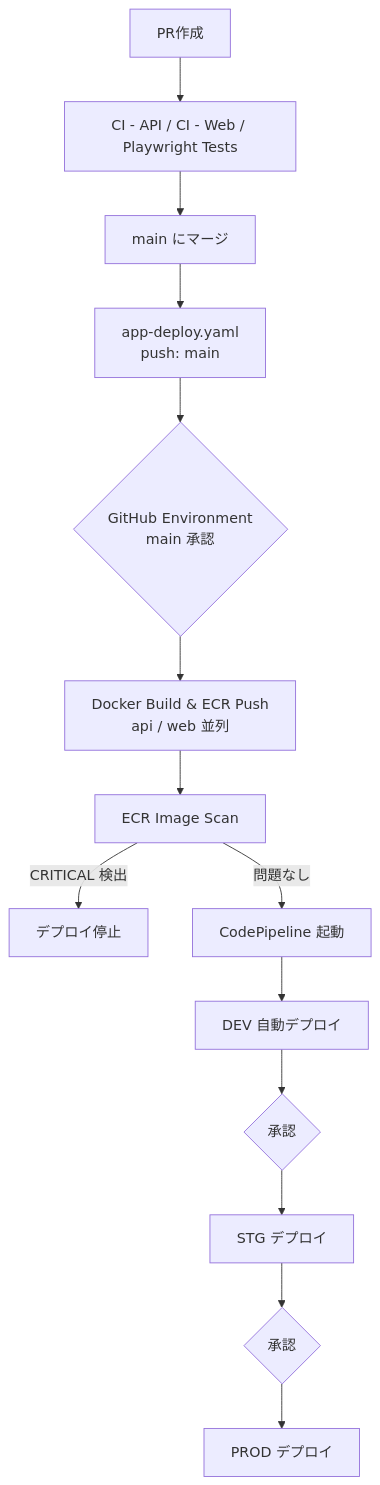
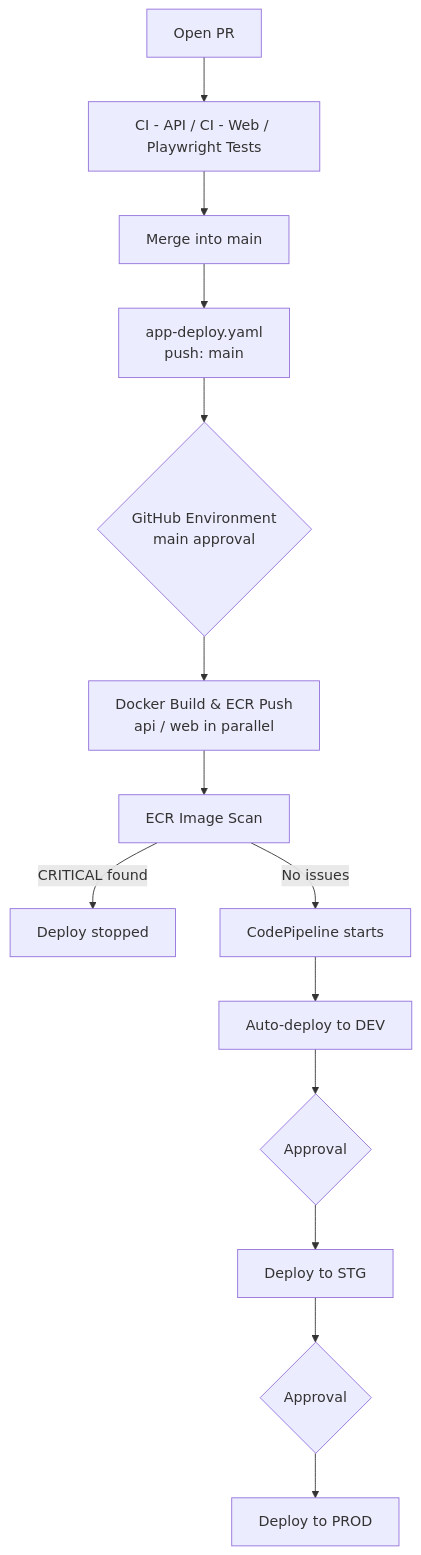
One commit to kenwoo9y/forge-ts changed the first of 2 diagrams in docs/deploy.md. Above: the diagram before and after it, drawn with Mermaid. The commit also changed other lines of this file and 10 other files, not shown here.

````diff
--- a/docs/deploy.md
+++ b/docs/deploy.md
@@ -164,16 +164,16 @@
 ```mermaid
 flowchart TD
-    PR[PR作成] --> CI["CI - API / CI - Web / Playwright Tests"]
-    CI --> Merge[main にマージ]
+    PR[Open PR] --> CI["CI - API / CI - Web / Playwright Tests"]
+    CI --> Merge[Merge into main]
     Merge --> AppDeploy["app-deploy.yaml\npush: main"]
-    AppDeploy --> ApproveApp{GitHub Environment\nmain 承認}
-    ApproveApp --> Build["Docker Build & ECR Push\napi / web 並列"]
+    AppDeploy --> ApproveApp{GitHub Environment\nmain approval}
+    ApproveApp --> Build["Docker Build & ECR Push\napi / web in parallel"]
     Build --> Scan[ECR Image Scan]
-    Scan -->|CRITICAL 検出| Stop[デプロイ停止]
-    Scan -->|問題なし| Pipeline[CodePipeline 起動]
-    Pipeline --> DEV[DEV 自動デプロイ]
-    DEV --> ApproveSTG{承認}
-    ApproveSTG --> STG[STG デプロイ]
-    STG --> ApprovePROD{承認}
-    ApprovePROD --> PROD[PROD デプロイ]
+    Scan -->|CRITICAL found| Stop[Deploy stopped]
+    Scan -->|No issues| Pipeline[CodePipeline starts]
+    Pipeline --> DEV[Auto-deploy to DEV]
+    DEV --> ApproveSTG{Approval}
+    ApproveSTG --> STG[Deploy to STG]
+    STG --> ApprovePROD{Approval}
+    ApprovePROD --> PROD[Deploy to PROD]
 ```
````
